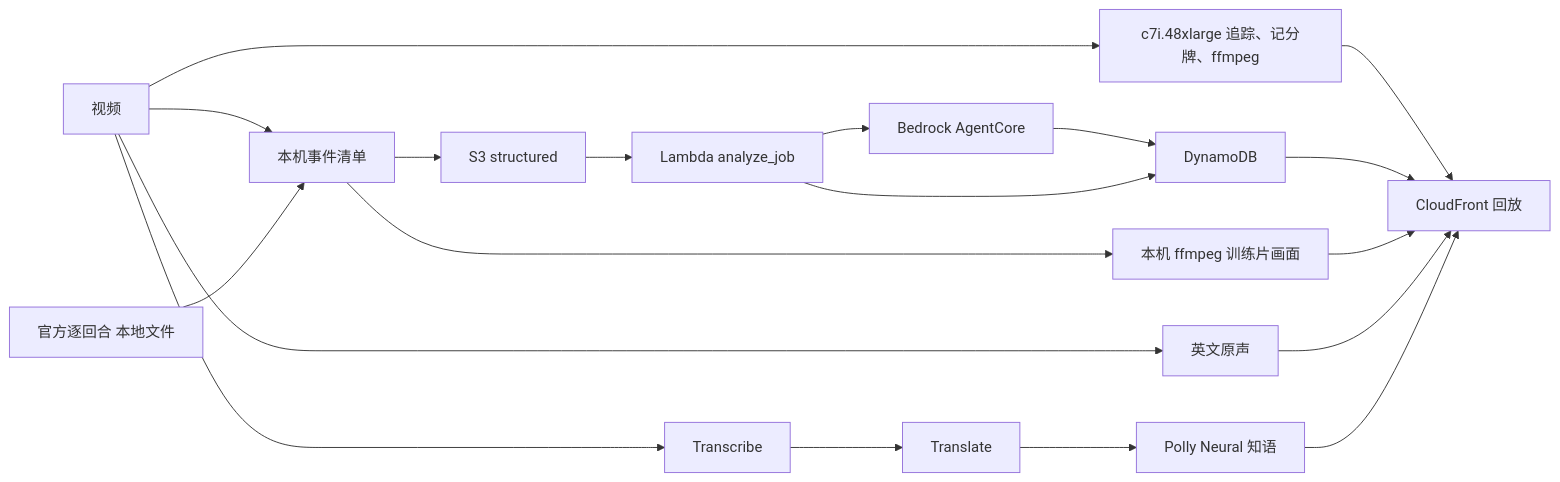
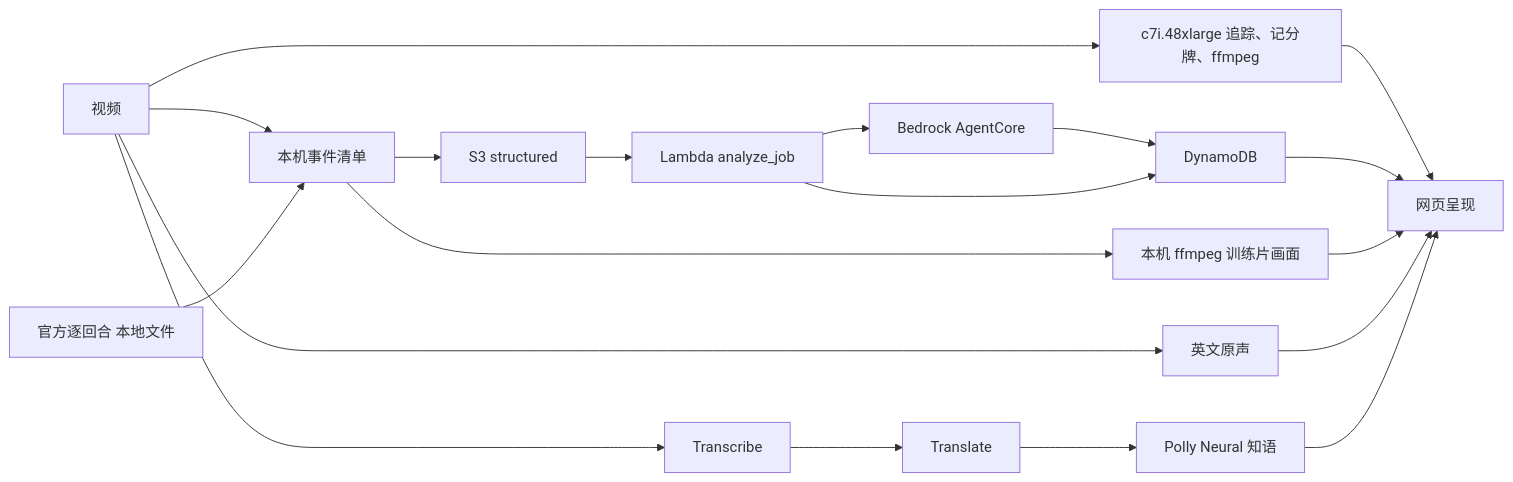
The diagram in docs/pipeline-map.md (Max-lzp/Agent-NBA), drawn with Mermaid before and after one commit. The commit also changed other lines of this file and 1 other file, not shown here.

````diff
--- a/docs/pipeline-map.md
+++ b/docs/pipeline-map.md
@@ -8,21 +8,21 @@
 ```mermaid
 flowchart LR
   video[视频] --> cloud[c7i.48xlarge 追踪、记分牌、ffmpeg]
-  cloud --> page[CloudFront 回放]
+  cloud --> page[网页呈现]
   video --> stream[本机事件清单]
   official[官方逐回合 本地文件] --> stream
   stream --> s3[S3 structured]
   s3 --> analyze[Lambda analyze_job]
   analyze --> agent[Bedrock AgentCore]
   agent --> ddb[DynamoDB]
   analyze --> ddb
   ddb --> page
   stream --> cut[本机 ffmpeg 训练片画面]
   cut --> page
   video --> en[英文原声]
   video --> asr[Transcribe]
   asr --> zhwords[Translate]
   zhwords --> polly[Polly Neural 知语]
   en --> page
   polly --> page
 ```
````
